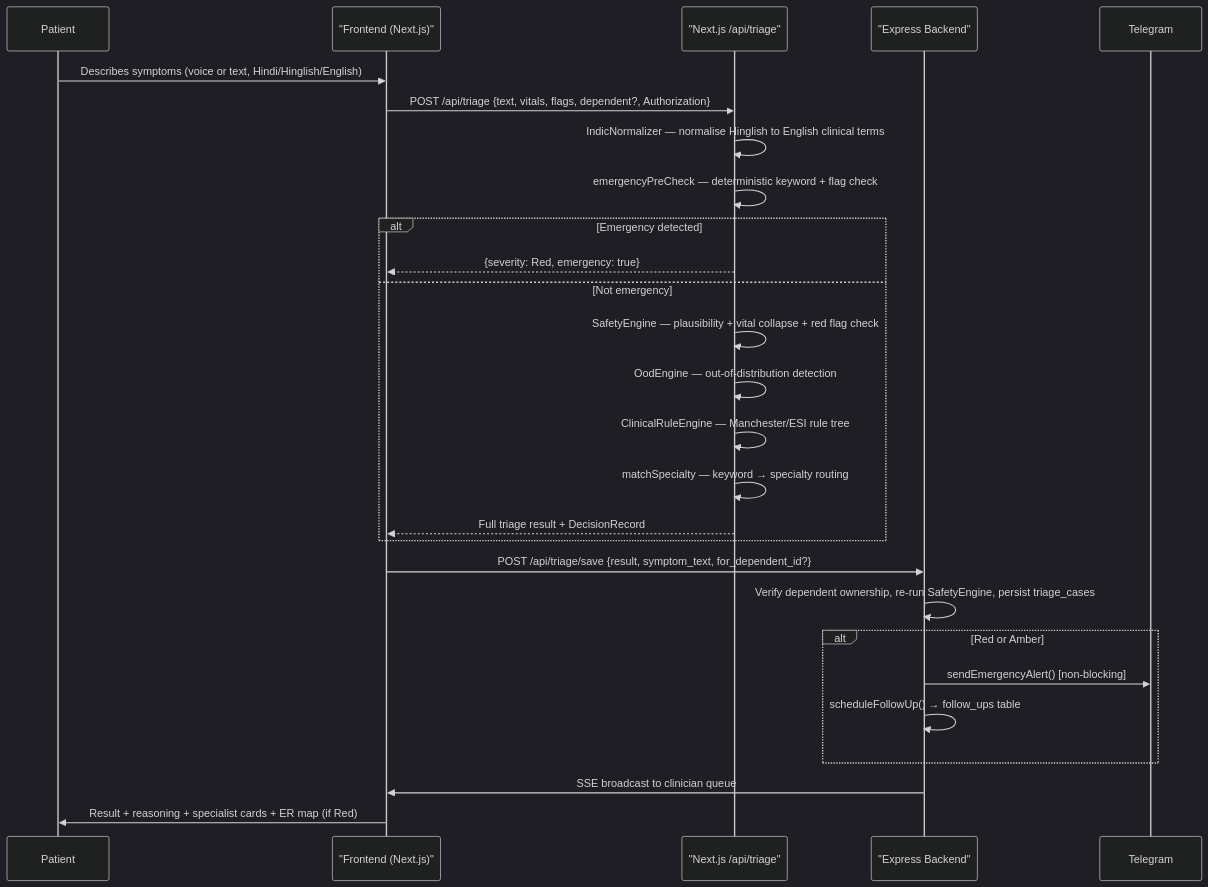
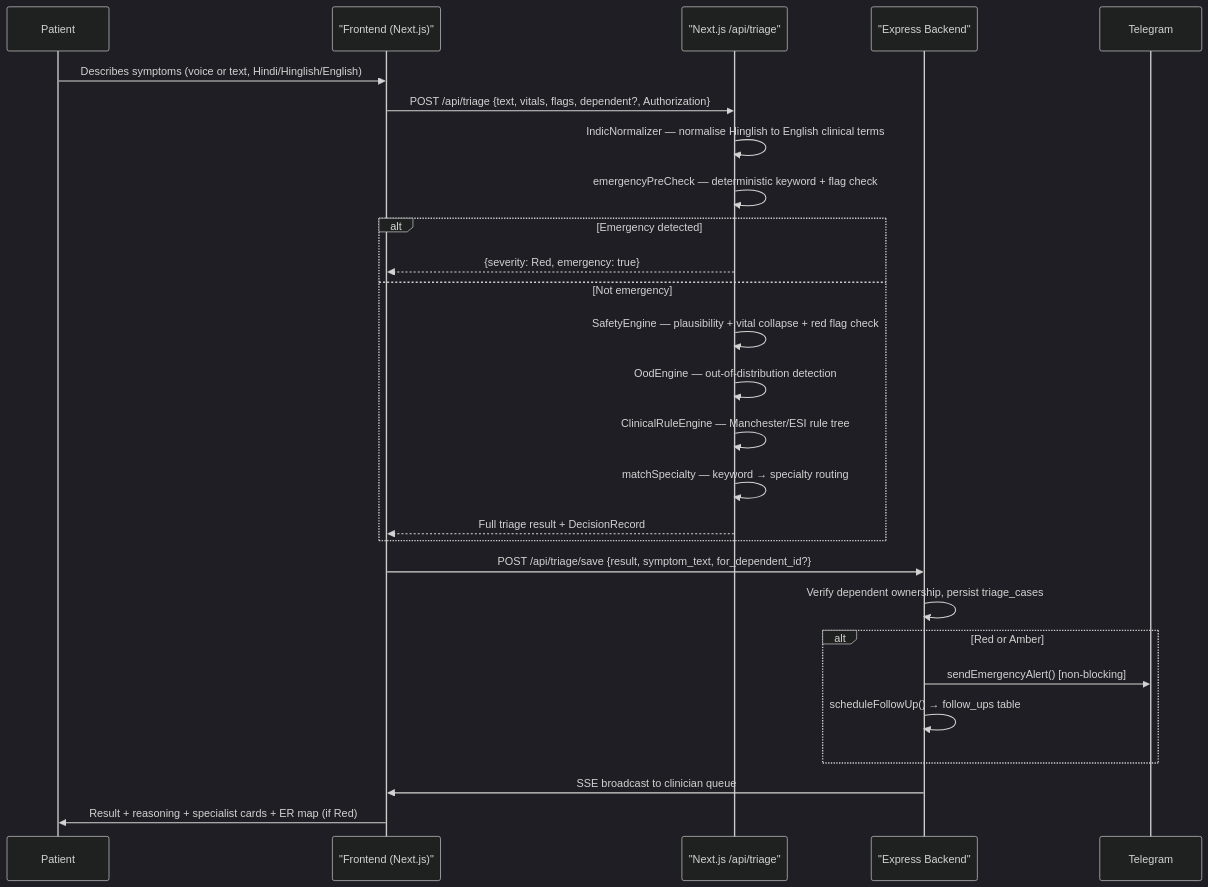
The second of 3 diagrams in README.md (Dealer-09/CareRoute), drawn with Mermaid (dark theme) before and after one commit. The commit also changed other lines of this file and 30 other files, not shown here.

````diff
--- a/README.md
+++ b/README.md
@@ -98,30 +98,30 @@
 ```mermaid
 sequenceDiagram
     participant P as Patient
     participant FE as "Frontend (Next.js)"
     participant NX as "Next.js /api/triage"
     participant BE as "Express Backend"
     participant TG as Telegram
 
     P->>FE: Describes symptoms (voice or text, Hindi/Hinglish/English)
     FE->>NX: POST /api/triage {text, vitals, flags, dependent?, Authorization}
     NX->>NX: IndicNormalizer — normalise Hinglish to English clinical terms
     NX->>NX: emergencyPreCheck — deterministic keyword + flag check
     alt Emergency detected
         NX-->>FE: {severity: Red, emergency: true}
     else Not emergency
         NX->>NX: SafetyEngine — plausibility + vital collapse + red flag check
         NX->>NX: OodEngine — out-of-distribution detection
         NX->>NX: ClinicalRuleEngine — Manchester/ESI rule tree
         NX->>NX: matchSpecialty — keyword → specialty routing
         NX-->>FE: Full triage result + DecisionRecord
     end
     FE->>BE: POST /api/triage/save {result, symptom_text, for_dependent_id?}
-    BE->>BE: Verify dependent ownership, re-run SafetyEngine, persist triage_cases
+    BE->>BE: Verify dependent ownership, persist triage_cases
     alt Red or Amber
         BE->>TG: sendEmergencyAlert() [non-blocking]
         BE->>BE: scheduleFollowUp() → follow_ups table
     end
     BE->>FE: SSE broadcast to clinician queue
     FE->>P: Result + reasoning + specialist cards + ER map (if Red)
 ```
````
